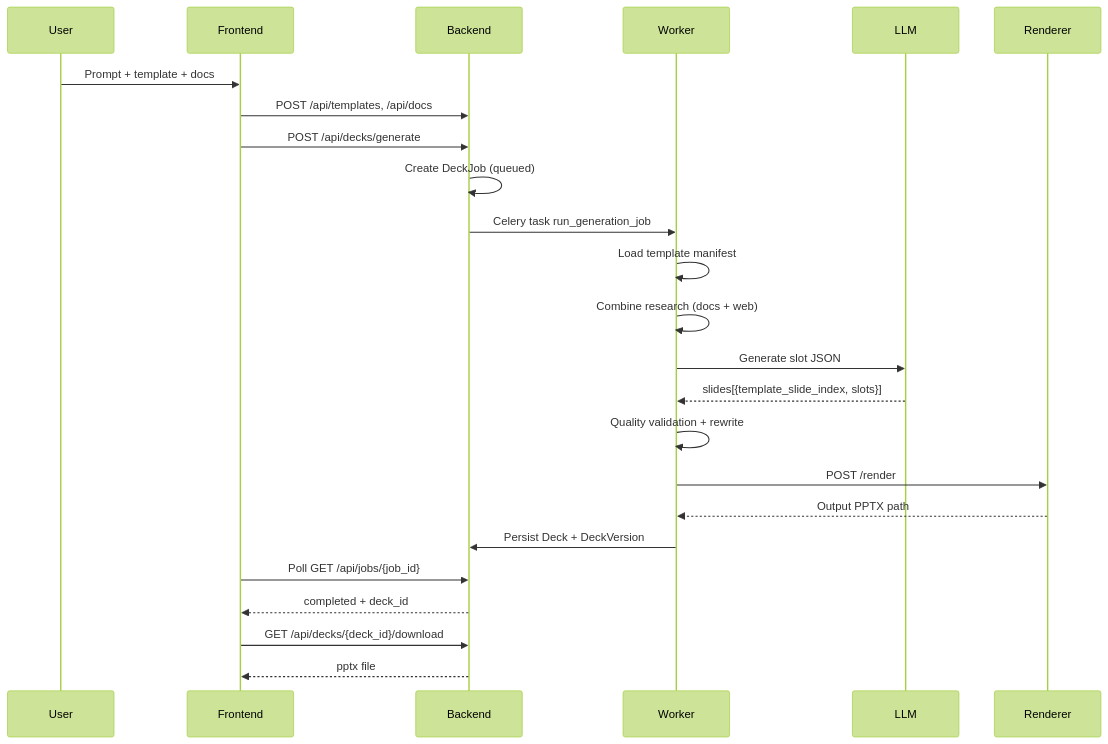
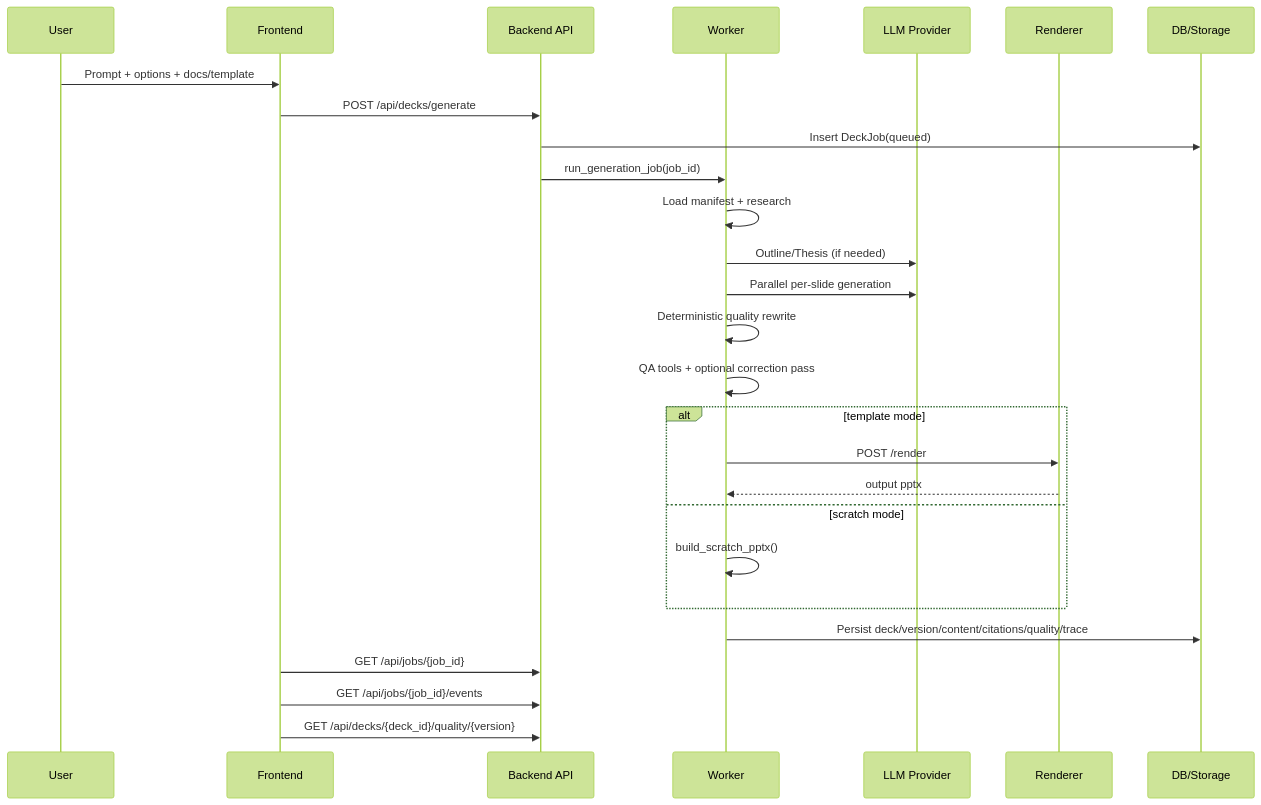
One commit to faiqhilman13/ppt-ting changed the second of 3 diagrams in docs/ARCHITECTURE.md. Above: the diagram before and after it, drawn with Mermaid (forest theme). The commit also changed other lines of this file and 1519 other files, not shown here.

Commit message:
feat: ship ppt agent upgrades, scratch renderer, and docs

````diff
--- a/docs/ARCHITECTURE.md
+++ b/docs/ARCHITECTURE.md
@@ -38,29 +111,32 @@
 ```mermaid
 sequenceDiagram
     participant User
-    participant Frontend
-    participant Backend
-    participant Worker
-    participant LLM
-    participant Renderer
+    participant FE as Frontend
+    participant API as Backend API
+    participant WK as Worker
+    participant LLM as LLM Provider
+    participant REN as Renderer
+    participant DB as DB/Storage
 
-    User->>Frontend: Prompt + template + docs
-    Frontend->>Backend: POST /api/templates, /api/docs
-    Frontend->>Backend: POST /api/decks/generate
-    Backend->>Backend: Create DeckJob (queued)
-    Backend->>Worker: Celery task run_generation_job
+    User->>FE: Prompt + options + docs/template
+    FE->>API: POST /api/decks/generate
+    API->>DB: Insert DeckJob(queued)
+    API->>WK: run_generation_job(job_id)
 
-    Worker->>Worker: Load template manifest
-    Worker->>Worker: Combine research (docs + web)
-    Worker->>LLM: Generate slot JSON
-    LLM-->>Worker: slides[{template_slide_index, slots}]
-    Worker->>Worker: Quality validation + rewrite
-    Worker->>Renderer: POST /render
-    Renderer-->>Worker: Output PPTX path
-    Worker->>Backend: Persist Deck + DeckVersion
+    WK->>WK: Load manifest + research
+    WK->>LLM: Outline/Thesis (if needed)
+    WK->>LLM: Parallel per-slide generation
+    WK->>WK: Deterministic quality rewrite
+    WK->>WK: QA tools + optional correction pass
+    alt template mode
+        WK->>REN: POST /render
+        REN-->>WK: output pptx
+    else scratch mode
+        WK->>WK: build_scratch_pptx()
+    end
+    WK->>DB: Persist deck/version/content/citations/quality/trace
 
-    Frontend->>Backend: Poll GET /api/jobs/{job_id}
-    Backend-->>Frontend: completed + deck_id
-    Frontend->>Backend: GET /api/decks/{deck_id}/download
-    Backend-->>Frontend: pptx file
+    FE->>API: GET /api/jobs/{job_id}
+    FE->>API: GET /api/jobs/{job_id}/events
+    FE->>API: GET /api/decks/{deck_id}/quality/{version}
 ```
````
